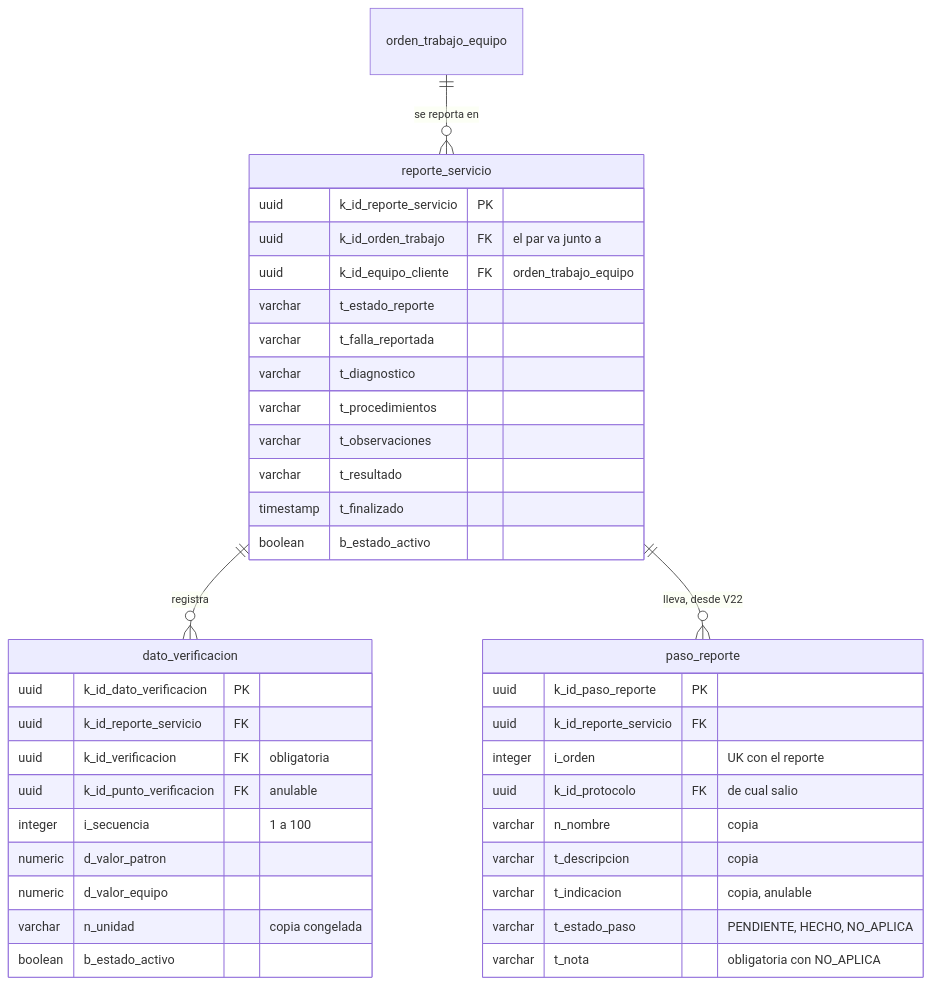
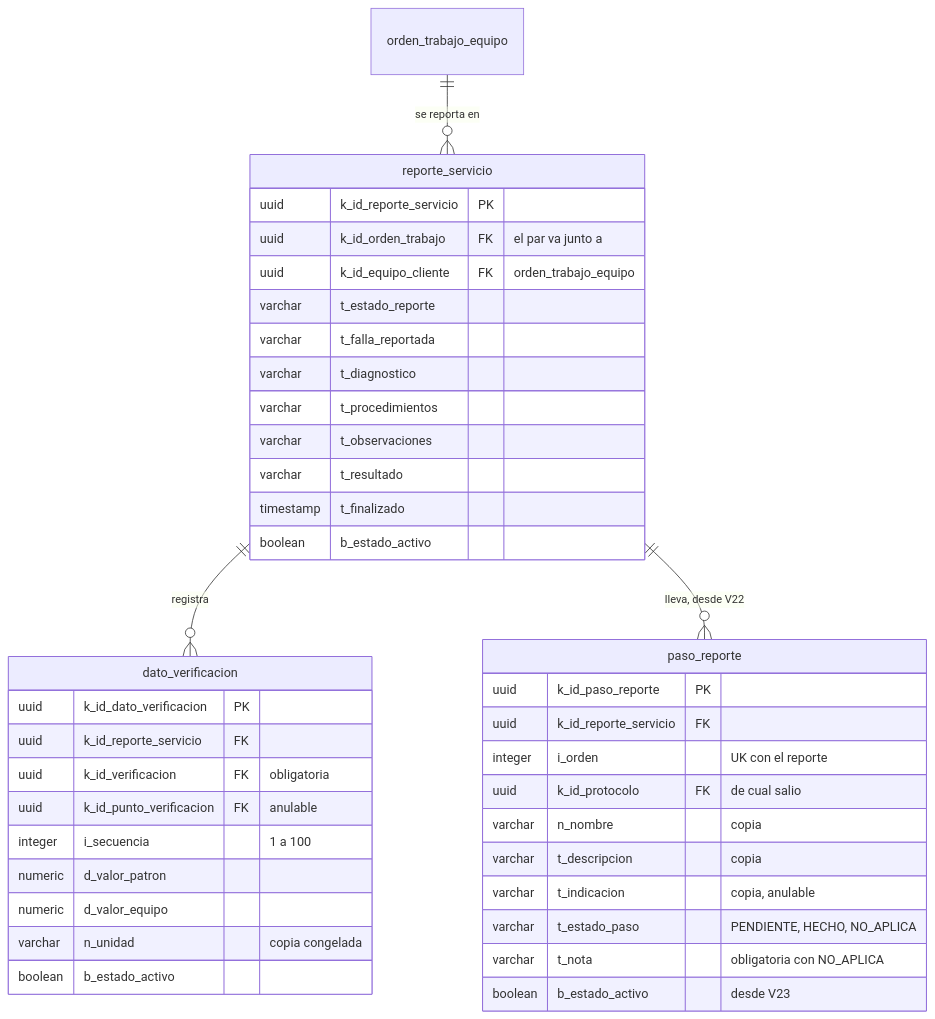
One commit to SeanBol222/MalphasOs changed the ninth of 9 diagrams in SecondBrain/wiki/base-de-datos/esquema-bd-malphasos.md. Above: the diagram before and after it, drawn with Mermaid. The commit also changed other lines of this file and 3 other files, not shown here.

````diff
--- a/SecondBrain/wiki/base-de-datos/esquema-bd-malphasos.md
+++ b/SecondBrain/wiki/base-de-datos/esquema-bd-malphasos.md
@@ -506,41 +505,42 @@
 ```mermaid
 erDiagram
     orden_trabajo_equipo ||--o{ reporte_servicio : "se reporta en"
     reporte_servicio ||--o{ dato_verificacion : "registra"
     reporte_servicio ||--o{ paso_reporte : "lleva, desde V22"
     paso_reporte {
         uuid k_id_paso_reporte PK
         uuid k_id_reporte_servicio FK
         integer i_orden "UK con el reporte"
         uuid k_id_protocolo FK "de cual salio"
         varchar n_nombre "copia"
         varchar t_descripcion "copia"
         varchar t_indicacion "copia, anulable"
         varchar t_estado_paso "PENDIENTE, HECHO, NO_APLICA"
         varchar t_nota "obligatoria con NO_APLICA"
+        boolean b_estado_activo "desde V23"
     }
     reporte_servicio {
         uuid k_id_reporte_servicio PK
         uuid k_id_orden_trabajo FK "el par va junto a"
         uuid k_id_equipo_cliente FK "orden_trabajo_equipo"
         varchar t_estado_reporte
         varchar t_falla_reportada
         varchar t_diagnostico
         varchar t_procedimientos
         varchar t_observaciones
         varchar t_resultado
         timestamp t_finalizado
         boolean b_estado_activo
     }
     dato_verificacion {
         uuid k_id_dato_verificacion PK
         uuid k_id_reporte_servicio FK
         uuid k_id_verificacion FK "obligatoria"
         uuid k_id_punto_verificacion FK "anulable"
         integer i_secuencia "1 a 100"
         numeric d_valor_patron
         numeric d_valor_equipo
         varchar n_unidad "copia congelada"
         boolean b_estado_activo
     }
 ```
````
